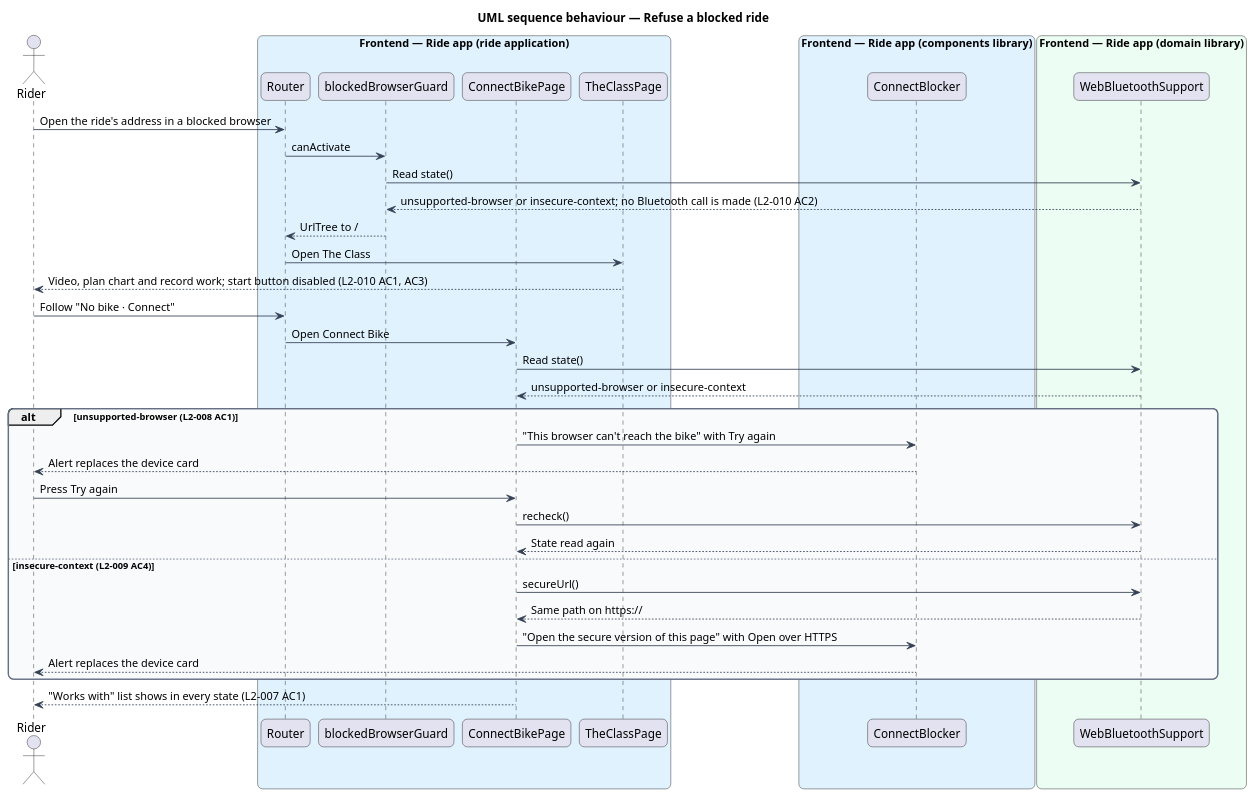
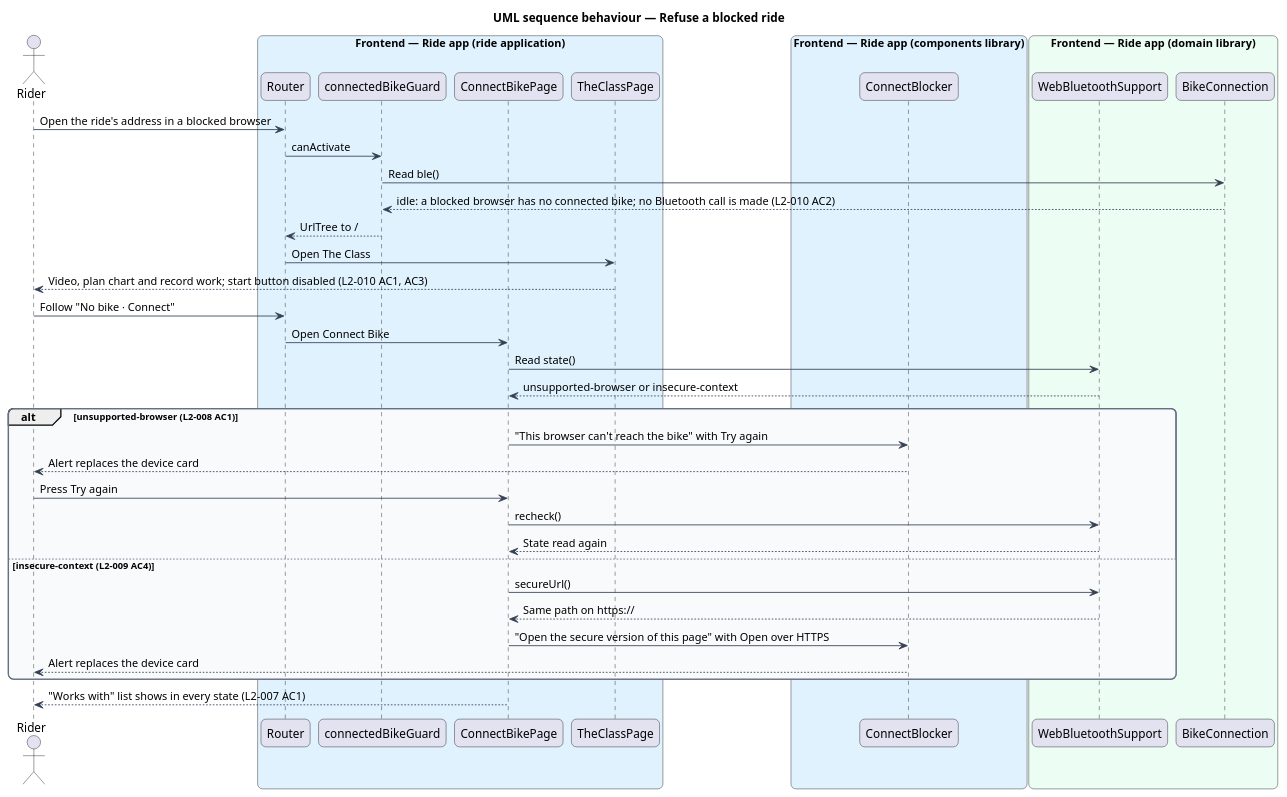
The diagram in docs/detailed-designs/bike/check-bike-and-browser-support/diagrams/sequence-refuse-a-blocked-ride.puml (QuinntyneBrown/ride-one), drawn with PlantUML before and after one commit. The commit also changed 91 other files, not shown here.

```diff
--- a/docs/detailed-designs/bike/check-bike-and-browser-support/diagrams/sequence-refuse-a-blocked-ride.puml
+++ b/docs/detailed-designs/bike/check-bike-and-browser-support/diagrams/sequence-refuse-a-blocked-ride.puml
@@ -1,54 +1,55 @@
 @startuml
 title UML sequence behaviour — Refuse a blocked ride
 skinparam backgroundColor #FFFFFF
 skinparam shadowing false
 skinparam roundcorner 12
 skinparam defaultFontName Arial
 skinparam ArrowColor #344054
 skinparam rectangle {
   BorderColor #344054
   FontColor #101828
 }
 skinparam package {
   BorderColor #667085
   FontColor #101828
   BackgroundColor #F9FAFB
 }
 actor "Rider" as rider
 box "Frontend — Ride app (ride application)" #E0F2FE
   participant "Router" as router
-  participant "blockedBrowserGuard" as guard
+  participant "connectedBikeGuard" as guard
   participant "ConnectBikePage" as connect
   participant "TheClassPage" as page
 end box
 box "Frontend — Ride app (components library)" #E0F2FE
   participant "ConnectBlocker" as blocker
 end box
 box "Frontend — Ride app (domain library)" #ECFDF3
   participant "WebBluetoothSupport" as support
+  participant "BikeConnection" as conn
 end box
 rider -> router : Open the ride's address in a blocked browser
 router -> guard : canActivate
-guard -> support : Read state()
-support --> guard : unsupported-browser or insecure-context; no Bluetooth call is made (L2-010 AC2)
+guard -> conn : Read ble()
+conn --> guard : idle: a blocked browser has no connected bike; no Bluetooth call is made (L2-010 AC2)
 guard --> router : UrlTree to /
 router -> page : Open The Class
 page --> rider : Video, plan chart and record work; start button disabled (L2-010 AC1, AC3)
 rider -> router : Follow "No bike · Connect"
 router -> connect : Open Connect Bike
 connect -> support : Read state()
 support --> connect : unsupported-browser or insecure-context
 alt unsupported-browser (L2-008 AC1)
   connect -> blocker : "This browser can't reach the bike" with Try again
   blocker --> rider : Alert replaces the device card
   rider -> connect : Press Try again
   connect -> support : recheck()
   support --> connect : State read again
 else insecure-context (L2-009 AC4)
   connect -> support : secureUrl()
   support --> connect : Same path on https://
   connect -> blocker : "Open the secure version of this page" with Open over HTTPS
   blocker --> rider : Alert replaces the device card
 end
 connect --> rider : "Works with" list shows in every state (L2-007 AC1)
 @enduml
```
